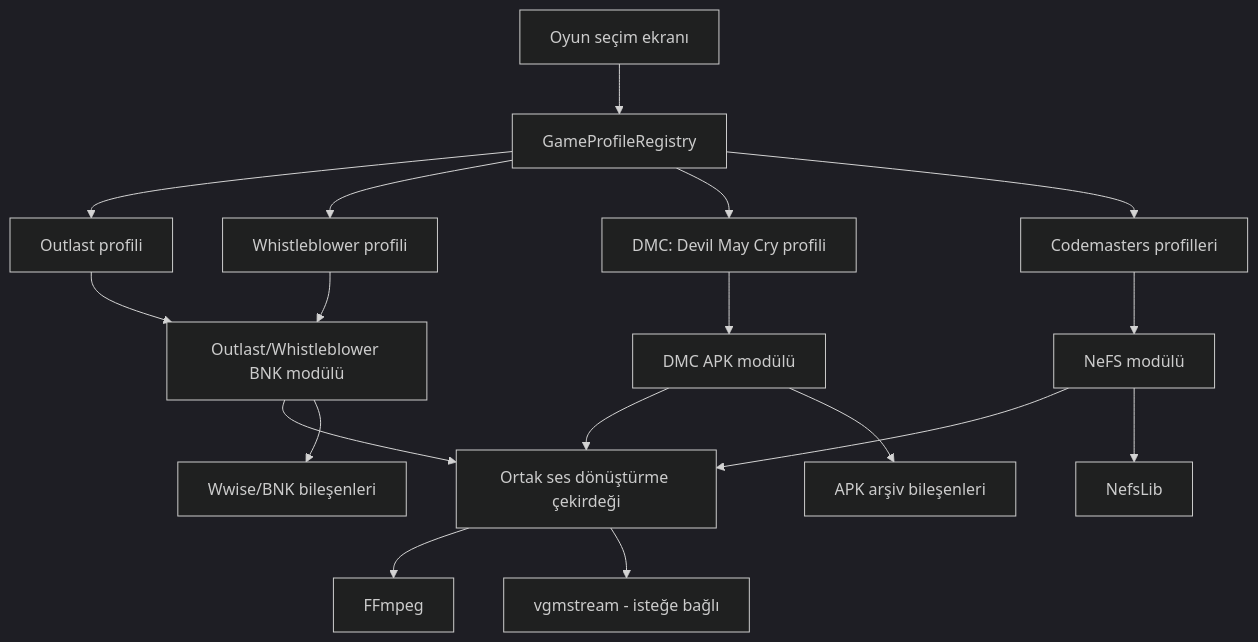
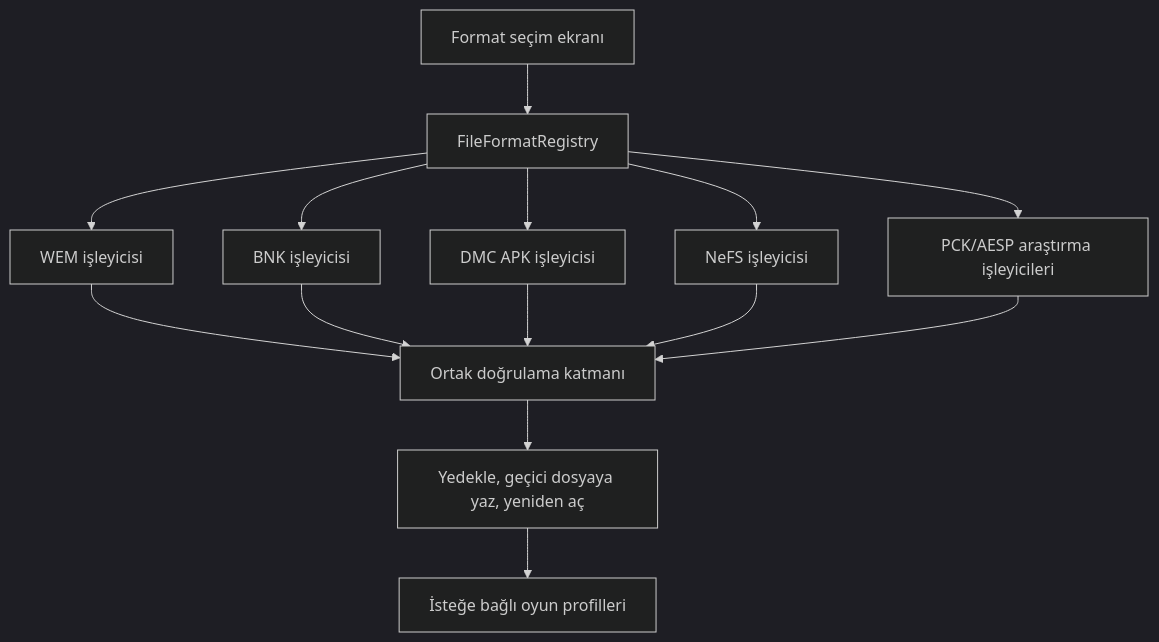
The second of 2 diagrams in README.md (apexlions16/UDMT), drawn with Mermaid (dark theme) before and after one commit. The commit also changed other lines of this file and 12 other files, not shown here.

````diff
--- a/README.md
+++ b/README.md
@@ -223,22 +100,17 @@
 ```mermaid
 flowchart TD
-    S[Oyun seçim ekranı] --> P[GameProfileRegistry]
-    P --> O[Outlast profili]
-    P --> WB[Whistleblower profili]
-    P --> D[DMC: Devil May Cry profili]
-    P --> C[Codemasters profilleri]
+    S[Format seçim ekranı] --> R[FileFormatRegistry]
+    R --> W[WEM işleyicisi]
+    R --> B[BNK işleyicisi]
+    R --> A[DMC APK işleyicisi]
+    R --> N[NeFS işleyicisi]
+    R --> P[PCK/AESP araştırma işleyicileri]
 
-    O --> B[Outlast/Whistleblower BNK modülü]
-    WB --> B
-    D --> A[DMC APK modülü]
-    C --> N[NeFS modülü]
-
-    B --> AC[Ortak ses dönüştürme çekirdeği]
-    A --> AC
-    N --> AC
-    AC --> FF[FFmpeg]
-    AC --> VG[vgmstream - isteğe bağlı]
-    B --> FT[Wwise/BNK bileşenleri]
-    A --> AA[APK arşiv bileşenleri]
-    N --> NL[NefsLib]
+    W --> V[Ortak doğrulama katmanı]
+    B --> V
+    A --> V
+    N --> V
+    P --> V
+    V --> T[Yedekle, geçici dosyaya yaz, yeniden aç]
+    T --> G[İsteğe bağlı oyun profilleri]
 ```
````
